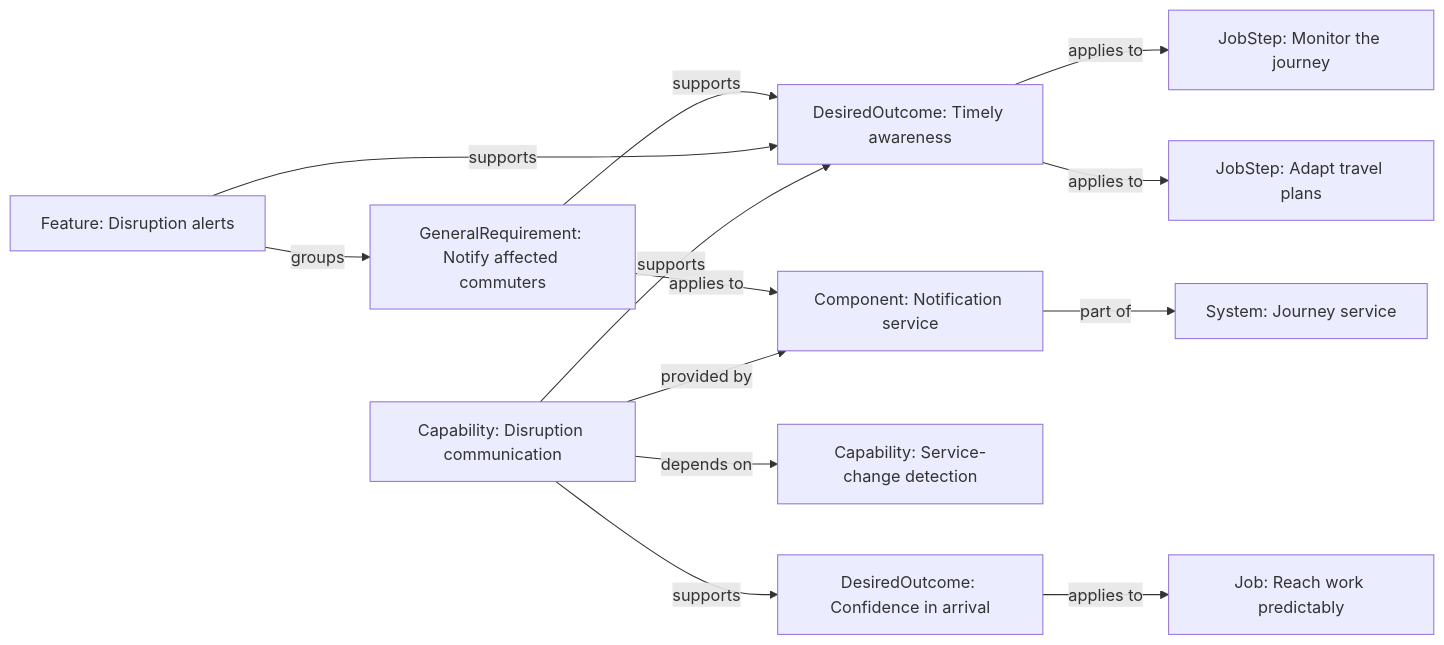
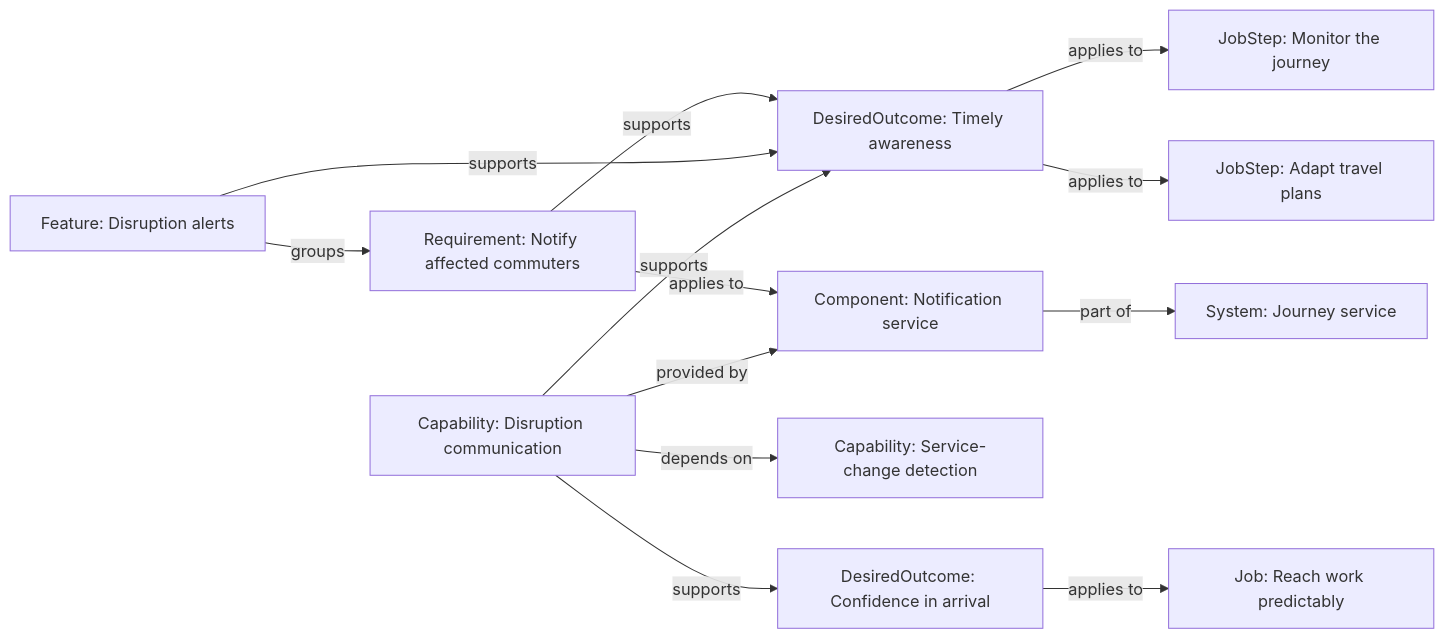
The diagram in docs/reference/needs-map-example.md (craigsmitham/dotspec), drawn with Mermaid before and after one commit. The commit also changed other lines of this file and 139 other files, not shown here.

````diff
--- a/docs/reference/needs-map-example.md
+++ b/docs/reference/needs-map-example.md
@@ -11,26 +11,26 @@
 ```mermaid
 flowchart LR
   n1["Job: Reach work predictably"]
   n2["JobStep: Monitor the journey"]
   n3["JobStep: Adapt travel plans"]
   n4["DesiredOutcome: Timely awareness"]
   n5["DesiredOutcome: Confidence in arrival"]
-  n7["GeneralRequirement: Notify affected commuters"]
+  n7["Requirement: Notify affected commuters"]
   n8["System: Journey service"]
   n9["Capability: Service-change detection"]
   n10["Component: Notification service"]
   n11["Feature: Disruption alerts"]
   n12["Capability: Disruption communication"]
   n4 -->|applies to| n2
   n4 -->|applies to| n3
   n5 -->|applies to| n1
   n7 -->|supports| n4
   n7 -->|applies to| n10
   n10 -->|part of| n8
   n11 -->|supports| n4
   n11 -->|groups| n7
   n12 -->|supports| n4
   n12 -->|supports| n5
   n12 -->|depends on| n9
   n12 -->|provided by| n10
 ```
````
